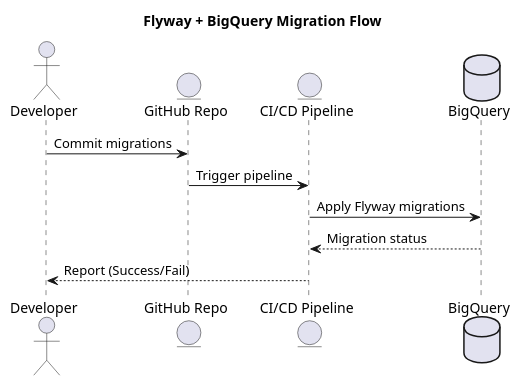
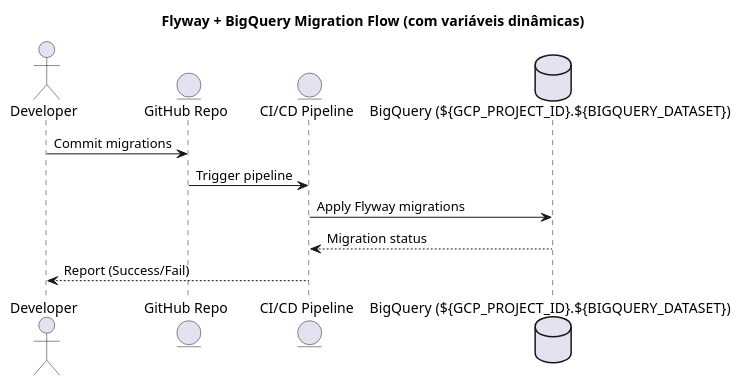
The diagram in README.md (acnaweb/flyway), drawn with PlantUML before and after one commit. The commit also changed other lines of this file and 5 other files, not shown here.

````diff
--- a/README.md
+++ b/README.md
@@ -170,17 +168,17 @@
 ```plantuml
 @startuml
-title Flyway + BigQuery Migration Flow
+title Flyway + BigQuery Migration Flow (com variáveis dinâmicas)
 
 actor Developer
 entity "GitHub Repo" as Repo
 entity "CI/CD Pipeline" as Pipeline
-database "BigQuery" as BQ
+database "BigQuery (${GCP_PROJECT_ID}.${BIGQUERY_DATASET})" as BQ
 
 Developer -> Repo : Commit migrations
 Repo -> Pipeline : Trigger pipeline
 Pipeline -> BQ : Apply Flyway migrations
 BQ --> Pipeline : Migration status
 Pipeline --> Developer : Report (Success/Fail)
 
 @enduml
 ```
````
